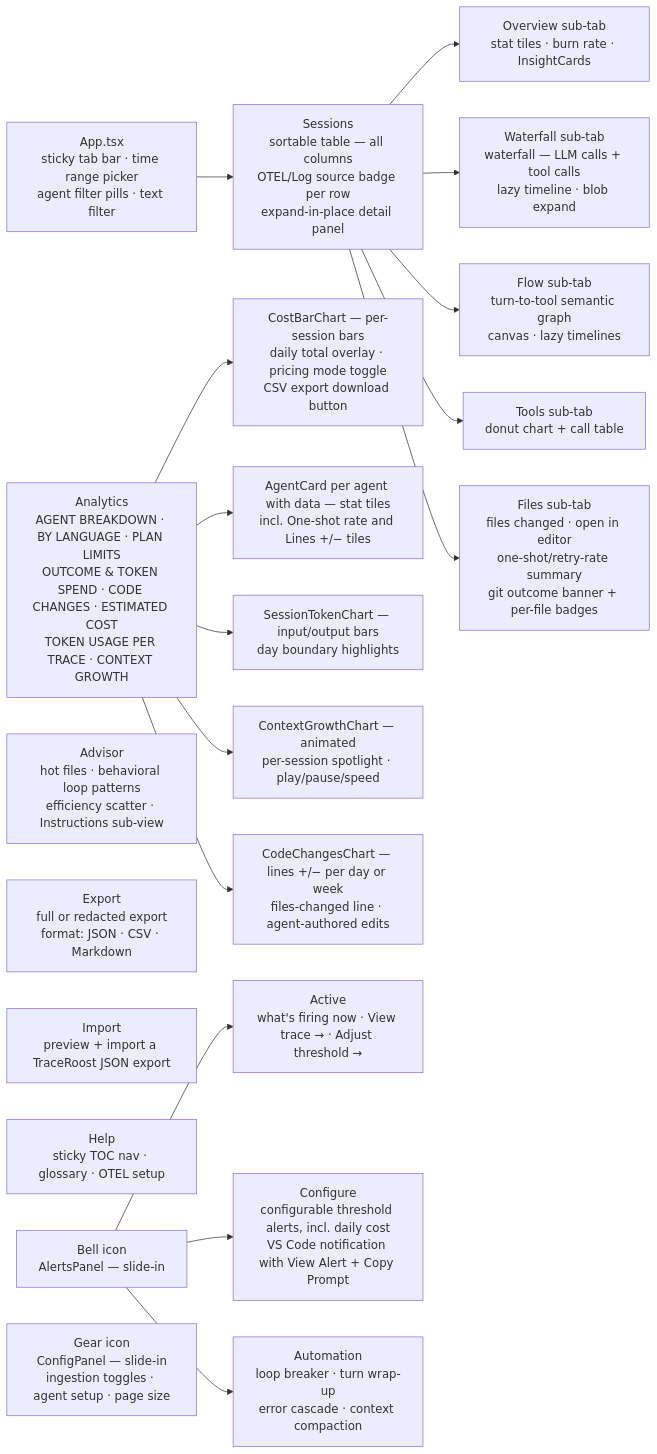
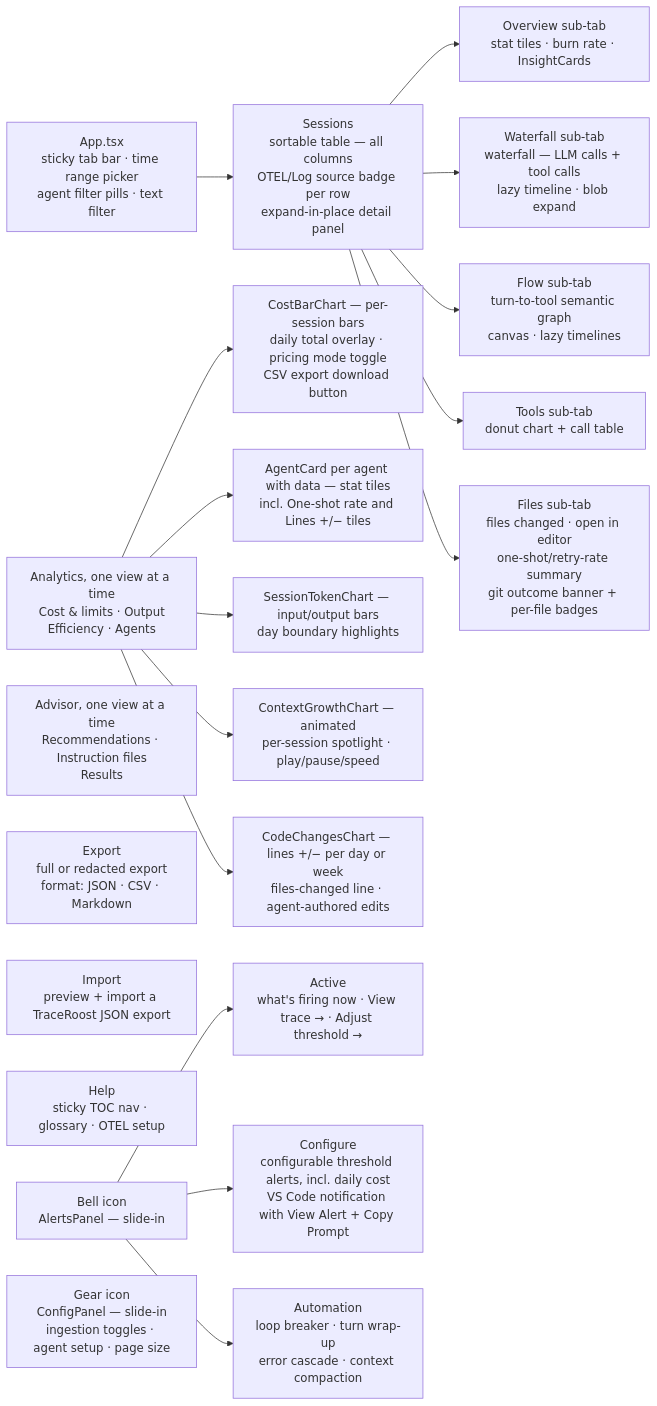
Before and after one commit to traceroost/core: diagram 14 of 20 in ARCHITECTURE.md, drawn with Mermaid. The commit also changed other lines of this file and 28 other files, not shown here.

First line of the commit message:
Analytics and Advisor: one view at a time, one job per tab

````diff
--- a/ARCHITECTURE.md
+++ b/ARCHITECTURE.md
@@ -890,28 +890,28 @@
 ```mermaid
 graph LR
     APP[App.tsx<br/>sticky tab bar · time range picker<br/>agent filter pills · text filter] --> T1
 
     T1[Sessions<br/>sortable table — all columns<br/>OTEL/Log source badge per row<br/>expand-in-place detail panel]
     T1 --> D1[Overview sub-tab<br/>stat tiles · burn rate · InsightCards]
     T1 --> D2[Waterfall sub-tab<br/>waterfall — LLM calls + tool calls<br/>lazy timeline · blob expand]
     T1 --> D3[Flow sub-tab<br/>turn-to-tool semantic graph<br/>canvas · lazy timelines]
     T1 --> D4[Tools sub-tab<br/>donut chart + call table]
     T1 --> D5[Files sub-tab<br/>files changed · open in editor<br/>one-shot/retry-rate summary<br/>git outcome banner + per-file badges]
 
-    T2[Analytics<br/>AGENT BREAKDOWN · BY LANGUAGE · PLAN LIMITS<br/>OUTCOME & TOKEN SPEND · CODE CHANGES · ESTIMATED COST<br/>TOKEN USAGE PER TRACE · CONTEXT GROWTH]
+    T2[Analytics, one view at a time<br/>Cost & limits · Output<br/>Efficiency · Agents]
     T2 --> A1[CostBarChart — per-session bars<br/>daily total overlay · pricing mode toggle<br/>CSV export download button]
     T2 --> A2[AgentCard per agent with data — stat tiles<br/>incl. One-shot rate and Lines +/− tiles]
     T2 --> A3[SessionTokenChart — input/output bars<br/>day boundary highlights]
     T2 --> A4[ContextGrowthChart — animated<br/>per-session spotlight · play/pause/speed]
     T2 --> A5[CodeChangesChart — lines +/− per day or week<br/>files-changed line · agent-authored edits]
 
-    T3[Advisor<br/>hot files · behavioral loop patterns<br/>efficiency scatter · Instructions sub-view]
+    T3[Advisor, one view at a time<br/>Recommendations · Instruction files<br/>Results]
     T4[Export<br/>full or redacted export<br/>format: JSON · CSV · Markdown]
     T5[Import<br/>preview + import a TraceRoost JSON export]
     T6[Help<br/>sticky TOC nav · glossary · OTEL setup]
 
     BELL[Bell icon<br/>AlertsPanel — slide-in] --> S0[Active<br/>what's firing now · View trace → · Adjust threshold →]
     BELL --> S1[Configure<br/>configurable threshold alerts, incl. daily cost<br/>VS Code notification with View Alert + Copy Prompt]
     BELL --> S2[Automation<br/>loop breaker · turn wrap-up<br/>error cascade · context compaction]
     GEAR[Gear icon<br/>ConfigPanel — slide-in<br/>ingestion toggles · agent setup · page size]
 ```
````
